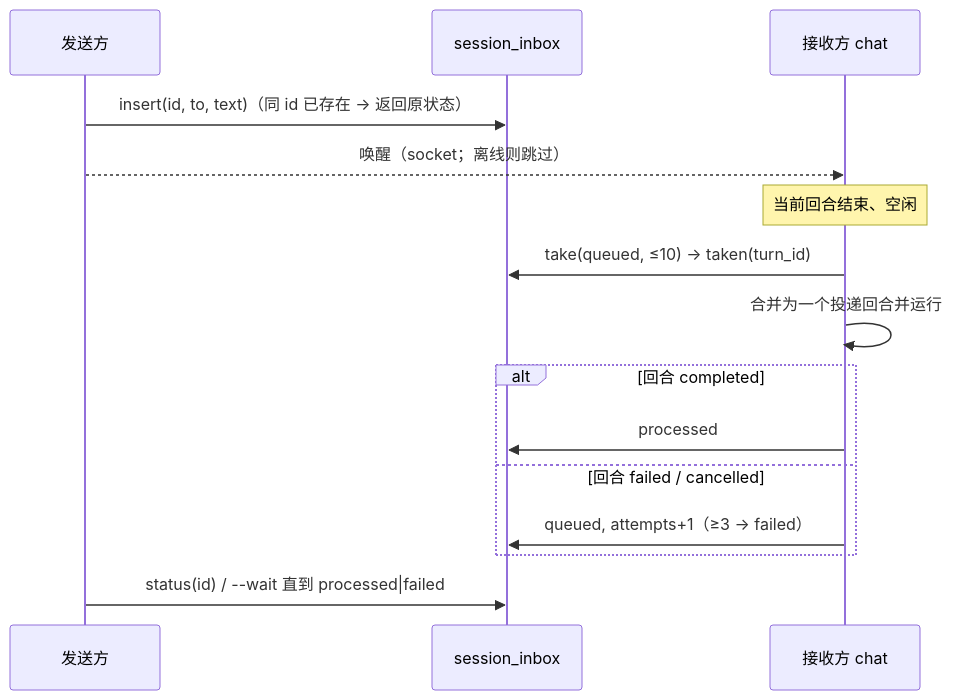
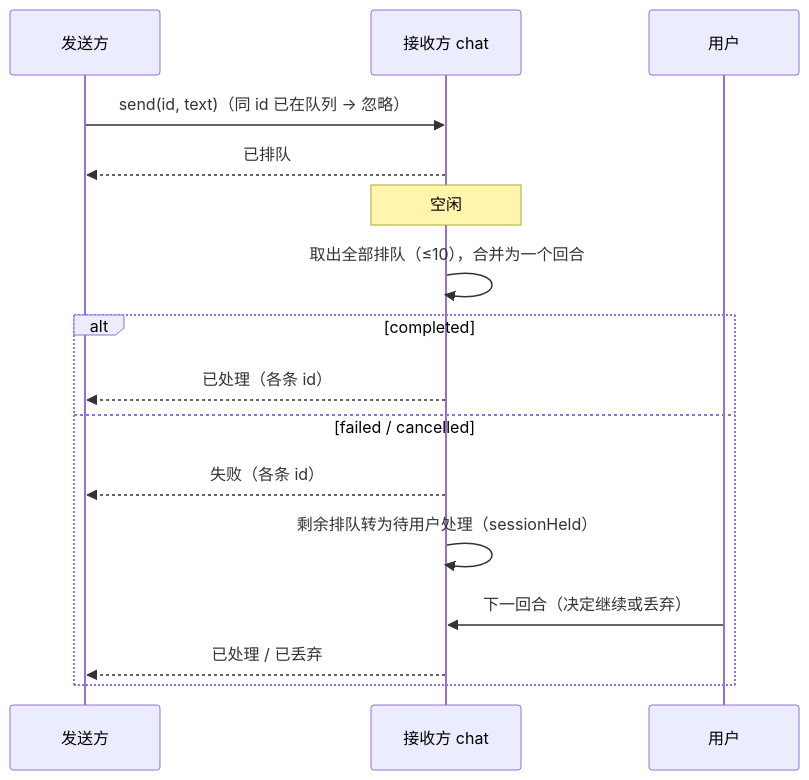
The second of 2 diagrams in docs/design/2026-10-22-session-message-delivery-design.md (inhere/suga), drawn with Mermaid before and after one commit. The commit also changed other lines of this file and 2 other files, not shown here.

Commit message:
docs(design): session message delivery 0.2 after independent review; add the review

````diff
--- a/docs/design/2026-10-22-session-message-delivery-design.md
+++ b/docs/design/2026-10-22-session-message-delivery-design.md
@@ -92,17 +103,18 @@
 ```mermaid
 sequenceDiagram
   participant S as 发送方
-  participant DB as session_inbox
-  participant RC as 接收方 chat
-  S->>DB: insert(id, to, text)（同 id 已存在 → 返回原状态）
-  S-->>RC: 唤醒（socket；离线则跳过）
-  Note over RC: 当前回合结束、空闲
-  RC->>DB: take(queued, ≤10) → taken(turn_id)
-  RC->>RC: 合并为一个投递回合并运行
-  alt 回合 completed
-    RC->>DB: processed
-  else 回合 failed / cancelled
-    RC->>DB: queued, attempts+1（≥3 → failed）
+  participant C as 接收方 chat
+  participant U as 用户
+  S->>C: send(id, text)（同 id 已在队列 → 忽略）
+  C-->>S: 已排队
+  Note over C: 空闲
+  C->>C: 取出全部排队（≤10），合并为一个回合
+  alt completed
+    C-->>S: 已处理（各条 id）
+  else failed / cancelled
+    C-->>S: 失败（各条 id）
+    C->>C: 剩余排队转为待用户处理（sessionHeld）
+    U->>C: 下一回合（决定继续或丢弃）
+    C-->>S: 已处理 / 已丢弃
   end
-  S->>DB: status(id) / --wait 直到 processed|failed
 ```
````
